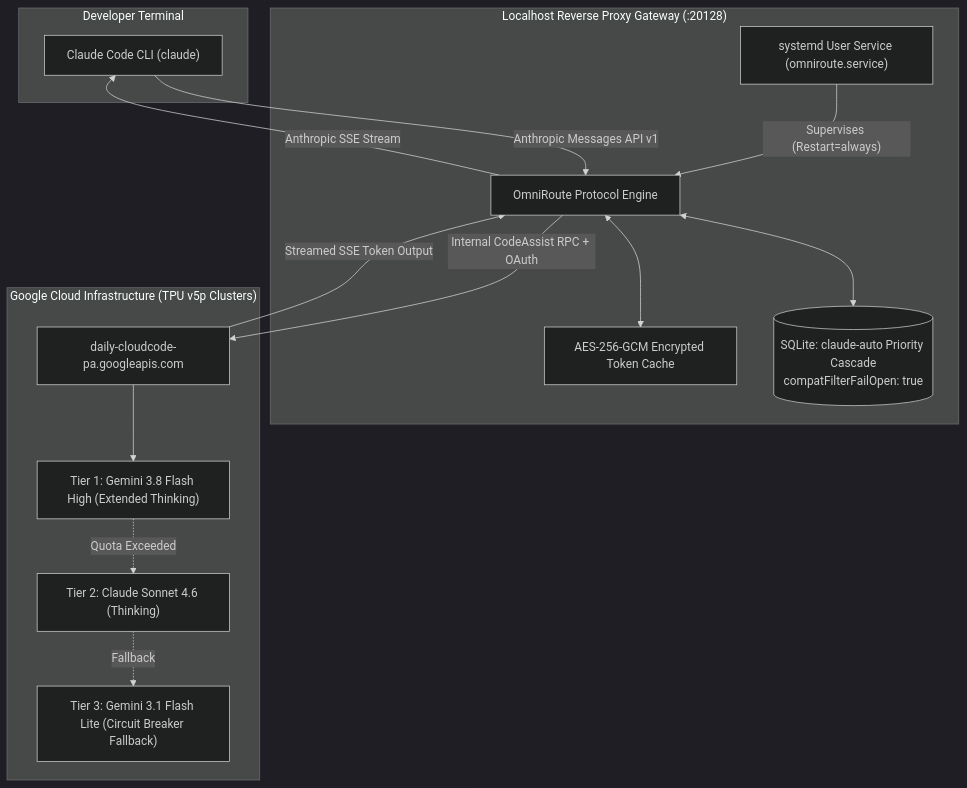
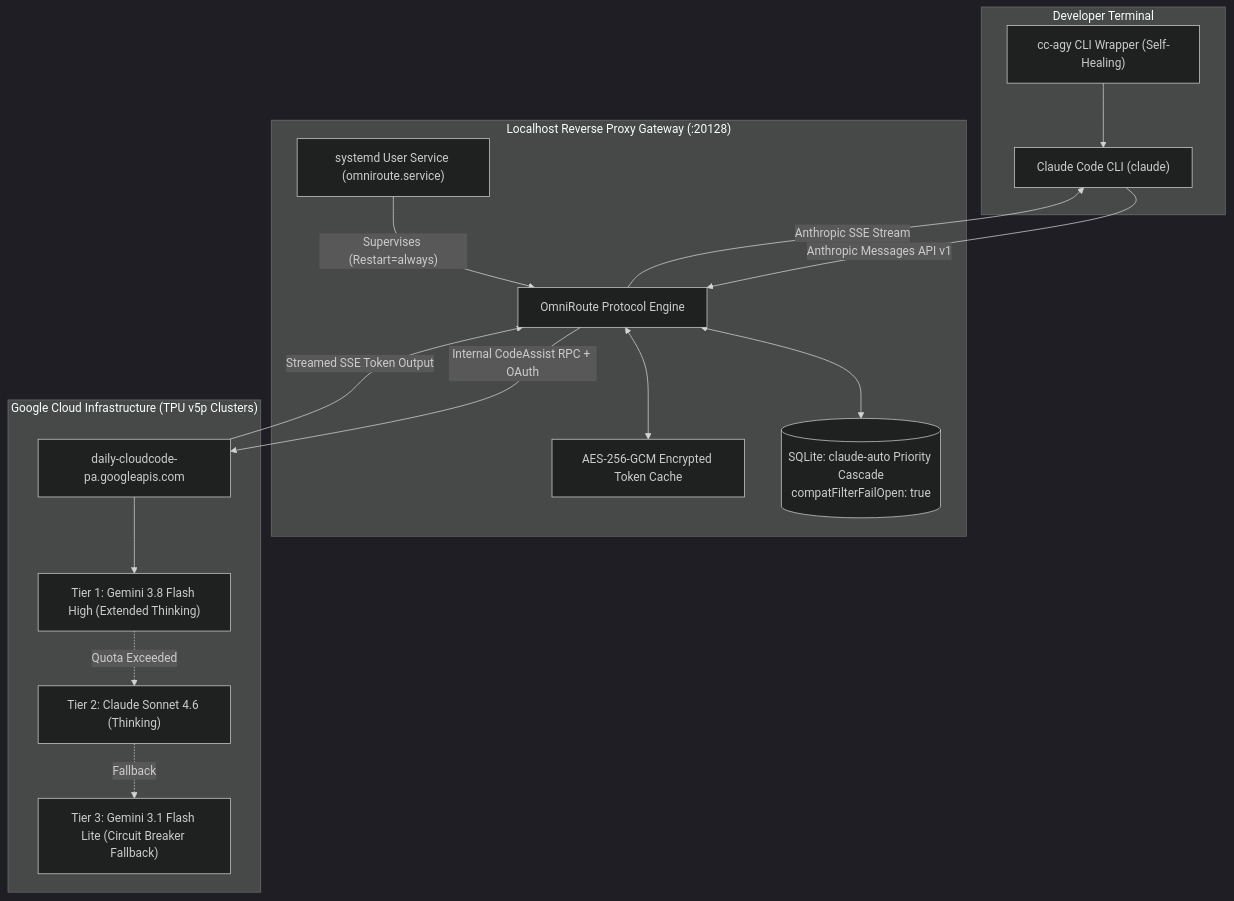
The diagram in README.md (farhatkoka/cc-agy), drawn with Mermaid (dark theme) before and after one commit. The commit also changed other lines of this file and 5 other files, not shown here.

Commit message:
feat: add self-healing cc-agy CLI launcher and npx bootstrap engine

````diff
--- a/README.md
+++ b/README.md
@@ -12,31 +12,33 @@
 ```mermaid
 flowchart TD
     subgraph Client["Developer Terminal"]
+        CLI["cc-agy CLI Wrapper (Self-Healing)"]
         CC["Claude Code CLI (claude)"]
+        CLI --> CC
     end
 
     subgraph LocalGateway["Localhost Reverse Proxy Gateway (:20128)"]
         SD["systemd User Service (omniroute.service)"]
         OR["OmniRoute Protocol Engine"]
         SQL[("SQLite: claude-auto Priority Cascade<br/>compatFilterFailOpen: true")]
         TOK["AES-256-GCM Encrypted Token Cache"]
     end
 
     subgraph Upstream["Google Cloud Infrastructure (TPU v5p Clusters)"]
         GCC["daily-cloudcode-pa.googleapis.com"]
         M1["Tier 1: Gemini 3.8 Flash High (Extended Thinking)"]
         M2["Tier 2: Claude Sonnet 4.6 (Thinking)"]
         M3["Tier 3: Gemini 3.1 Flash Lite (Circuit Breaker Fallback)"]
     end
 
     CC -->|"Anthropic Messages API v1"| OR
     SD -->|"Supervises (Restart=always)"| OR
     OR <--> SQL
     OR <--> TOK
     OR -->|"Internal CodeAssist RPC + OAuth"| GCC
     GCC --> M1
     M1 -.->|"Quota Exceeded"| M2
     M2 -.->|"Fallback"| M3
     GCC -->|"Streamed SSE Token Output"| OR
     OR -->|"Anthropic SSE Stream"| CC
 ```
````
